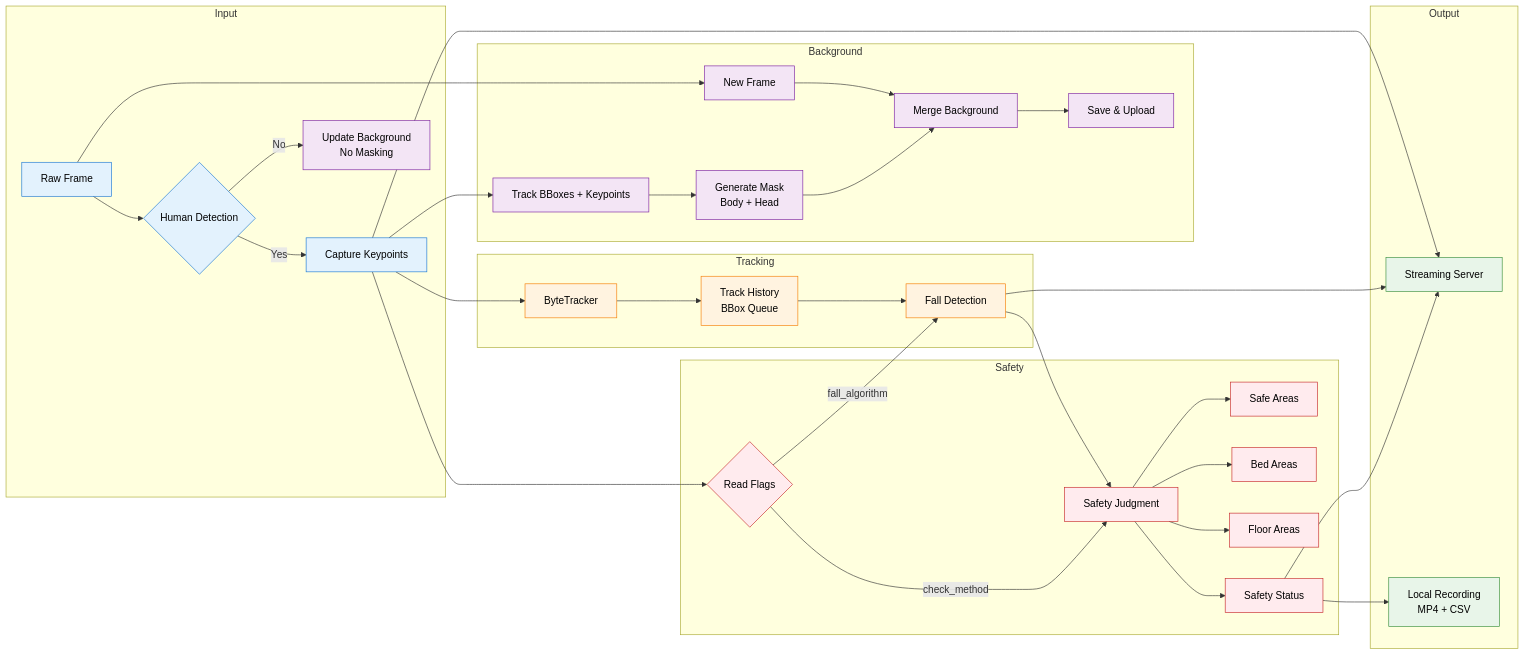
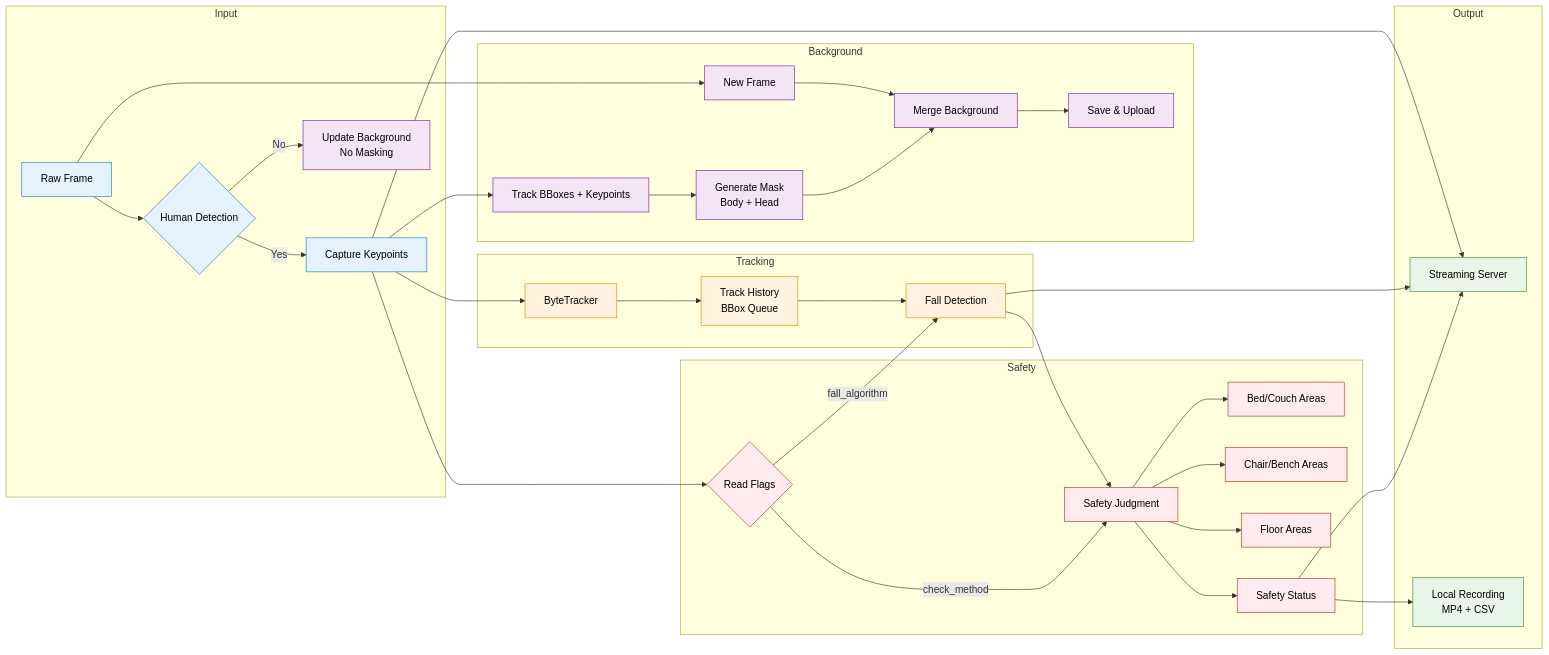
One commit to yudhisthereal/Private-Surveillence-MaixCAM changed the third of 8 diagrams in README.md. Above: the diagram before and after it, drawn with Mermaid. The commit also changed other lines of this file and 9 other files, not shown here.

````diff
--- a/README.md
+++ b/README.md
@@ -307,53 +303,53 @@
 ```mermaid
 graph LR
     subgraph Input
         A[Raw Frame] --> B{Human Detection}
         B -->|Yes| C[Capture Keypoints]
         B -->|No| D[Update Background<br/>No Masking]
     end
 
     subgraph Background
         C --> E[Track BBoxes + Keypoints]
         E --> F[Generate Mask<br/>Body + Head]
         A --> G[New Frame]
         F --> H[Merge Background]
         G --> H
         H --> I[Save & Upload]
     end
 
     subgraph Tracking
         C --> J[ByteTracker]
         J --> K[Track History<br/>BBox Queue]
         K --> L[Fall Detection]
     end
 
     subgraph Safety
         C --> M{Read Flags}
         M -->|fall_algorithm| L
         M -->|check_method| N[Safety Judgment]
         L --> N
-        N --> O[Safe Areas]
-        N --> P[Bed Areas]
+        N --> O[Bed/Couch Areas]
+        N --> P[Chair/Bench Areas]
         N --> Q[Floor Areas]
         N --> R[Safety Status]
     end
 
     subgraph Output
         R --> S[Streaming Server]
         L --> S
         C --> S
         R --> T[Local Recording<br/>MP4 + CSV]
     end
 
     classDef input fill:#e3f2fd,stroke:#1976d2,color:#000000
     classDef bg fill:#f3e5f5,stroke:#7b1fa2,color:#000000
     classDef track fill:#fff3e0,stroke:#f57c00,color:#000000
     classDef safety fill:#ffebee,stroke:#c62828,color:#000000
     classDef output fill:#e8f5e9,stroke:#388e3c,color:#000000
 
     class A,B,C input
     class D,E,F,G,H,I bg
     class J,K,L track
     class M,N,O,P,Q,R safety
     class S,T output
 ```
````
